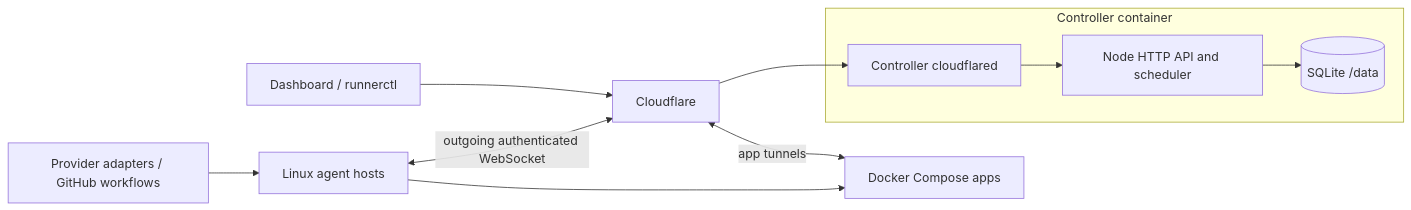
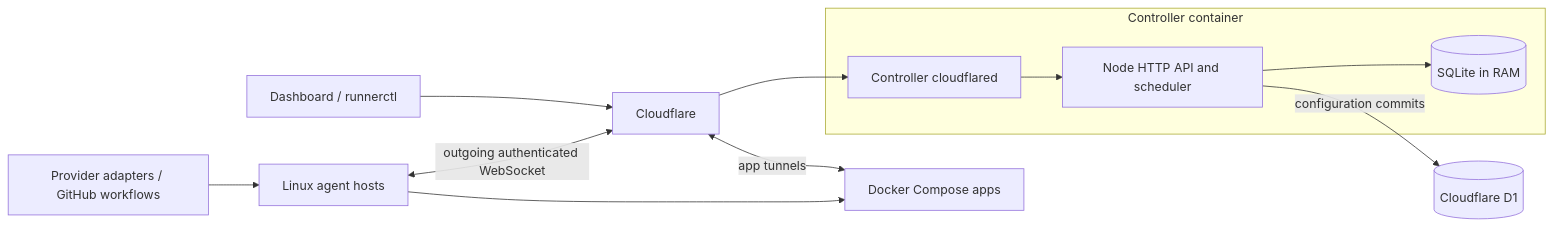
The diagram in docs/architecture.md (hetp4401/runner), drawn with Mermaid before and after one commit. The commit also changed other lines of this file and 20 other files, not shown here.

Commit message:
Store control-plane configuration in Cloudflare D1

````diff
--- a/docs/architecture.md
+++ b/docs/architecture.md
@@ -7,13 +7,14 @@
 ```mermaid
 flowchart LR
   Browser[Dashboard / runnerctl] --> CF[Cloudflare]
   CF --> Tunnel[Controller cloudflared]
   subgraph Controller container
     Tunnel --> CP[Node HTTP API and scheduler]
-    CP --> DB[(SQLite /data)]
+    CP --> RAM[(SQLite in RAM)]
   end
+  CP -->|configuration commits| D1[(Cloudflare D1)]
   Providers[Provider adapters / GitHub workflows] --> Hosts[Linux agent hosts]
   Hosts <-->|outgoing authenticated WebSocket| CF
   Hosts --> Apps[Docker Compose apps]
   CF <-->|app tunnels| Apps
 ```
````
